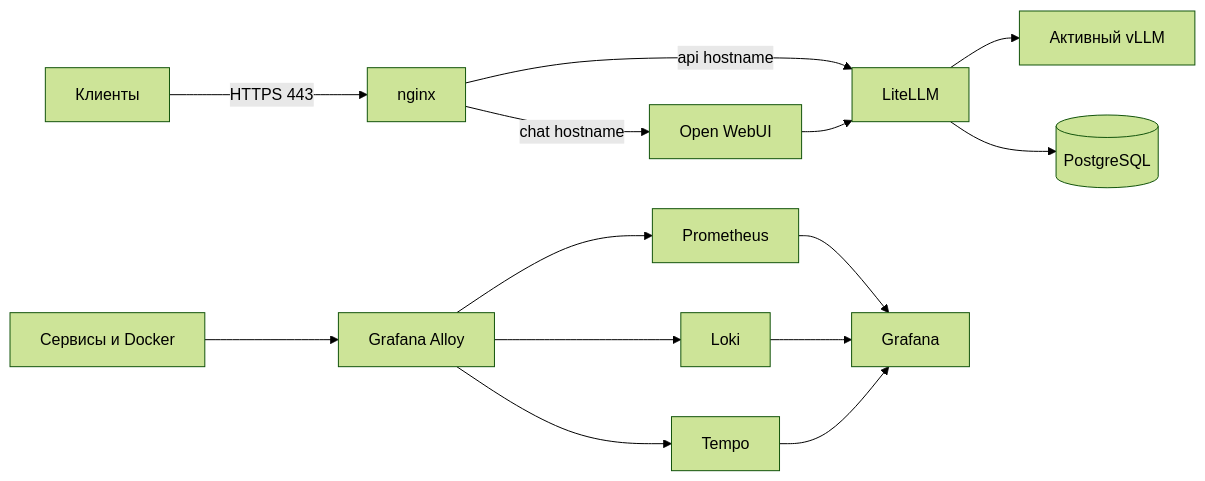
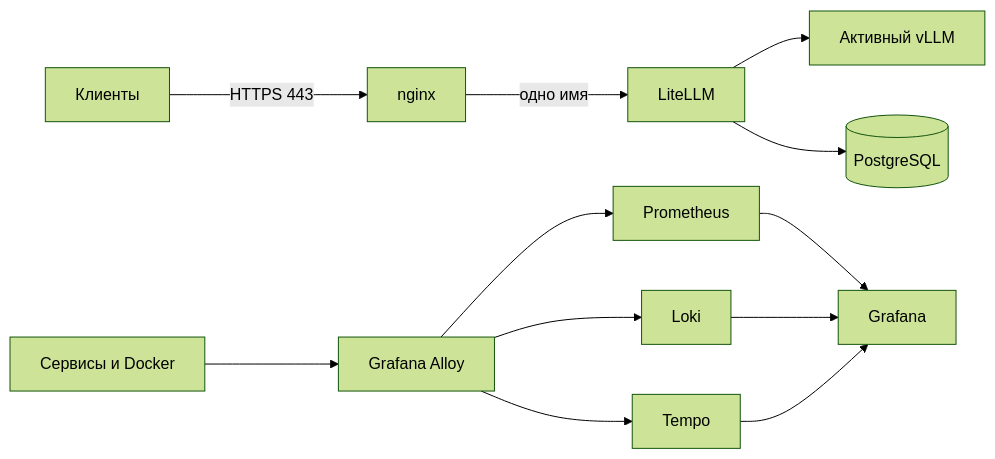
One commit to TheMrDJek/observable-vllm-stack changed the second of 3 diagrams in docs/architecture.md. Above: the diagram before and after it, drawn with Mermaid (forest theme). The commit also changed other lines of this file and 10 other files, not shown here.

````diff
--- a/docs/architecture.md
+++ b/docs/architecture.md
@@ -25,16 +24,14 @@
 ```mermaid
 flowchart LR
   clientsLocal[Клиенты] -->|"HTTPS 443"| nginxLocal[nginx]
-  nginxLocal -->|"api hostname"| litellmLocal[LiteLLM]
-  nginxLocal -->|"chat hostname"| webuiLocal[Open WebUI]
+  nginxLocal -->|"одно имя"| litellmLocal[LiteLLM]
   litellmLocal --> vllmLocal[Активный vLLM]
   litellmLocal --> postgresLocal[(PostgreSQL)]
-  webuiLocal --> litellmLocal
   appsLocal[Сервисы и Docker] --> alloyLocal[Grafana Alloy]
   alloyLocal --> prometheusLocal[Prometheus]
   alloyLocal --> lokiLocal[Loki]
   alloyLocal --> tempoLocal[Tempo]
   prometheusLocal --> grafanaLocal[Grafana]
   lokiLocal --> grafanaLocal
   tempoLocal --> grafanaLocal
 ```
````
